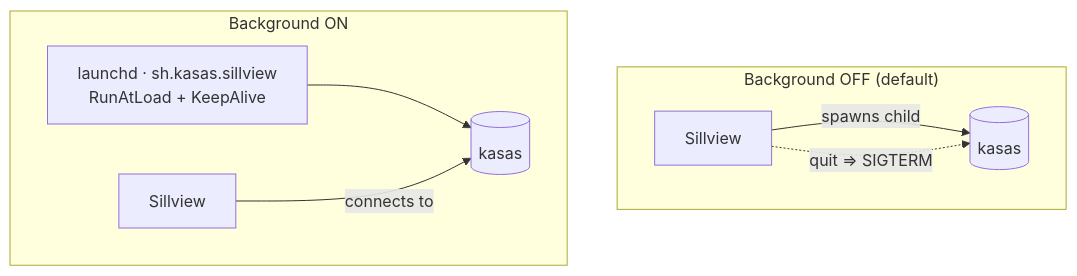
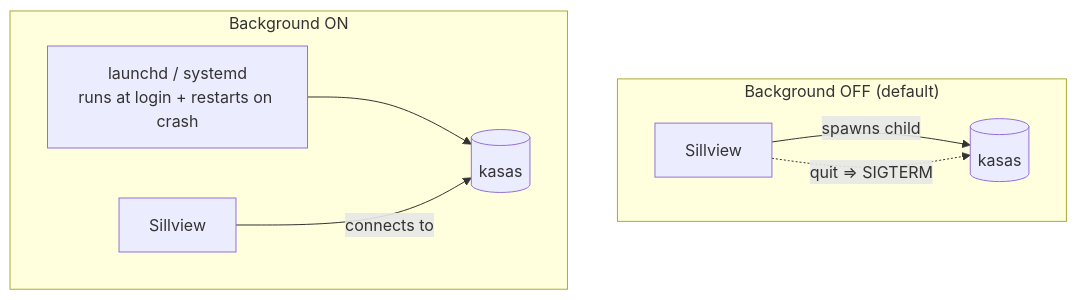
One commit to paulmeier/sillview changed the diagram in docs/features/background-mode.md. Above: the diagram before and after it, drawn with Mermaid. The commit also changed other lines of this file and 13 other files, not shown here.

````diff
--- a/docs/features/background-mode.md
+++ b/docs/features/background-mode.md
@@ -22,11 +28,11 @@
 ```mermaid
 flowchart TB
     subgraph OFF["Background OFF (default)"]
         APP1["Sillview"] -->|"spawns child"| K1[("kasas")]
         APP1 -. "quit ⇒ SIGTERM" .-> K1
     end
     subgraph ON["Background ON"]
-        LA["launchd · sh.kasas.sillview<br/>RunAtLoad + KeepAlive"] --> K2[("kasas")]
+        LA["launchd / systemd<br/>runs at login + restarts on crash"] --> K2[("kasas")]
         APP2["Sillview"] -->|"connects to"| K2
     end
 ```
````
